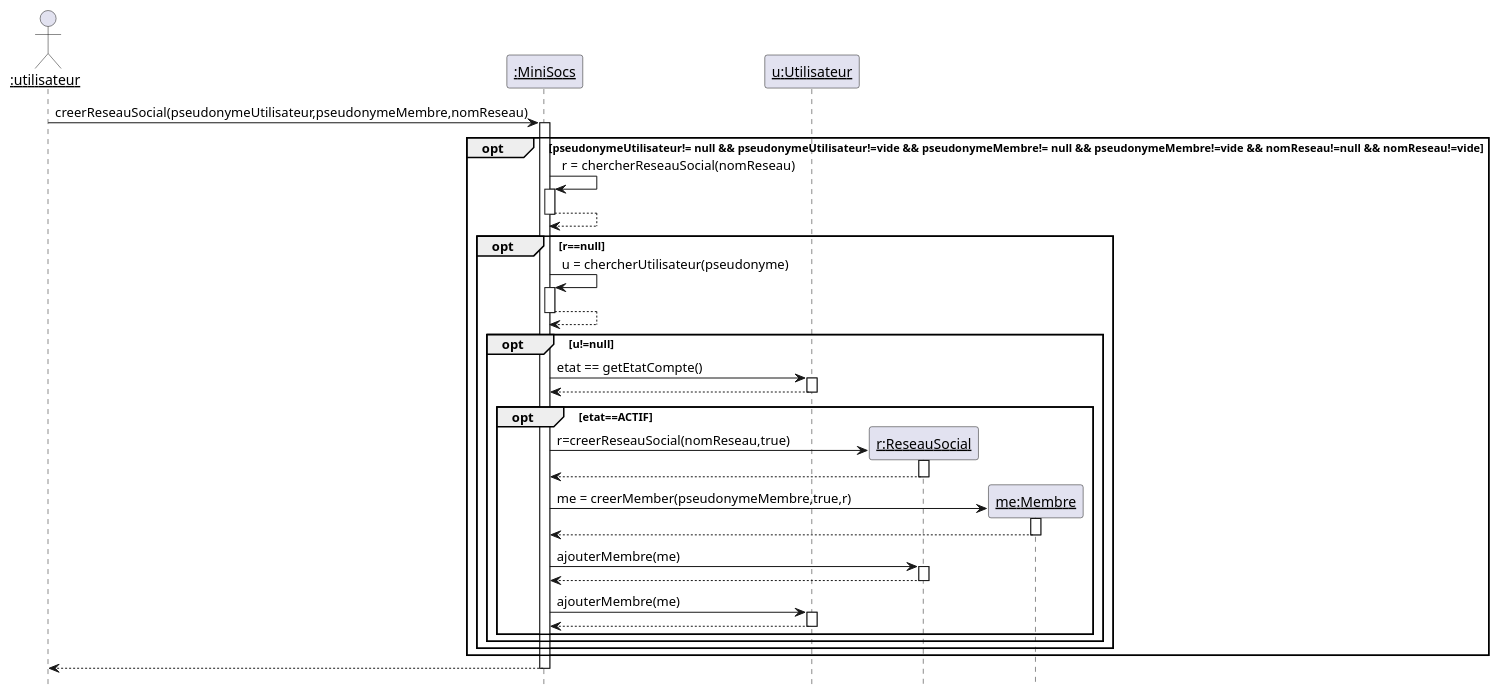
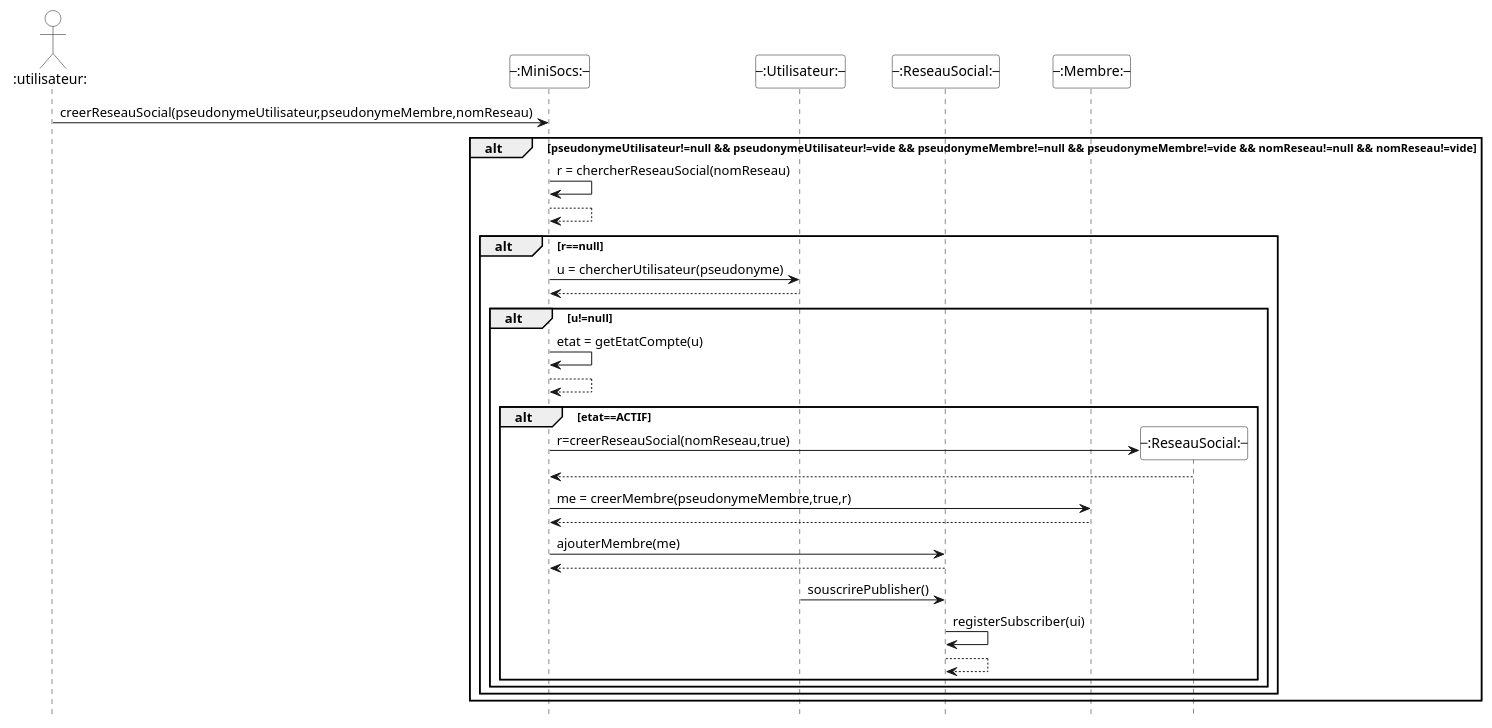
The diagram in Diagrammes/minisocs_uml_diag_seq_creer_reseau_social.pu (yesminete/MiniSocs), drawn with PlantUML before and after one commit. The commit also changed other lines of this file and 17 other files, not shown here.

```diff
--- a/Diagrammes/minisocs_uml_diag_seq_creer_reseau_social.pu
+++ b/Diagrammes/minisocs_uml_diag_seq_creer_reseau_social.pu
@@ -1,40 +1,45 @@
 @startuml
+'Diagramme de séquence (PlantUML)'
 
-'Diagramme de séquence (PLantUML)'
-
-'configuration charte graphique'
+'Configuration charte graphique'
 hide footbox
-skinparam sequenceParticiantBackgroundColor White
-skinparam sequenceActorBachkgroundColor White
+skinparam sequenceParticipantBackgroundColor White
+skinparam sequenceActorBackgroundColor White
 
 'Déclaration des acteurs et des participants'
-actor "__:utilisateur__" as u
-participant "__:MiniSocs__" as m
-participant "__u:Utilisateur__" as ui
-u -> m ++: creerReseauSocial(pseudonymeUtilisateur,pseudonymeMembre,nomReseau)
-opt pseudonymeUtilisateur!= null && pseudonymeUtilisateur!=vide && pseudonymeMembre!= null && pseudonymeMembre!=vide && nomReseau!=null && nomReseau!=vide
-m -> m ++: r = chercherReseauSocial(nomReseau)
-return
-opt r==null
-m -> m ++: u = chercherUtilisateur(pseudonyme)
-return
-opt u!=null
-m-> ui ++ : etat == getEtatCompte()
-return
-opt etat==ACTIF
-create "__r:ReseauSocial__" as R
-m -> R++: r=creerReseauSocial(nomReseau,true)
-return
-create "__me:Membre__" as mem
-m ->mem ++ : me = creerMember(pseudonymeMembre,true,r)
-return
-m -> R++ : ajouterMembre(me)
-return
-m -> ui++ : ajouterMembre(me)
-return
+actor "--:utilisateur:--" as u
+participant "--:MiniSocs:--" as m
+participant "--:Utilisateur:--" as ui
+participant "--:ReseauSocial:--" as r
+participant "--:Membre:--" as me
+
+u -> m: creerReseauSocial(pseudonymeUtilisateur,pseudonymeMembre,nomReseau)
+alt pseudonymeUtilisateur!=null && pseudonymeUtilisateur!=vide && pseudonymeMembre!=null && pseudonymeMembre!=vide && nomReseau!=null && nomReseau!=vide
+    m -> m: r = chercherReseauSocial(nomReseau)
+    return
+    alt r==null
+        m -> ui: u = chercherUtilisateur(pseudonyme)
+        return
+        alt u!=null
+            ' Modification: getEtatCompte() is now called on MiniSocs'
+            m -> m: etat = getEtatCompte(u)
+            return
+            alt etat==ACTIF
+                create "--:ReseauSocial:--" as R
+                m -> R: r=creerReseauSocial(nomReseau,true)
+                return
+                m -> me: me = creerMembre(pseudonymeMembre,true,r)
+                return
+                ' Modification: ajouterMembre() is now shown as being initiated by MiniSocs'
+                m -> r: ajouterMembre(me)
+                return
+                ' User subscribes to the ReseauSocial's publisher'
+                ui -> r: souscrirePublisher()
+                r -> r: registerSubscriber(ui)
+                return
+            end
+        end
+    end
 end
-end
-end
-end
-return
+
 @enduml
```
